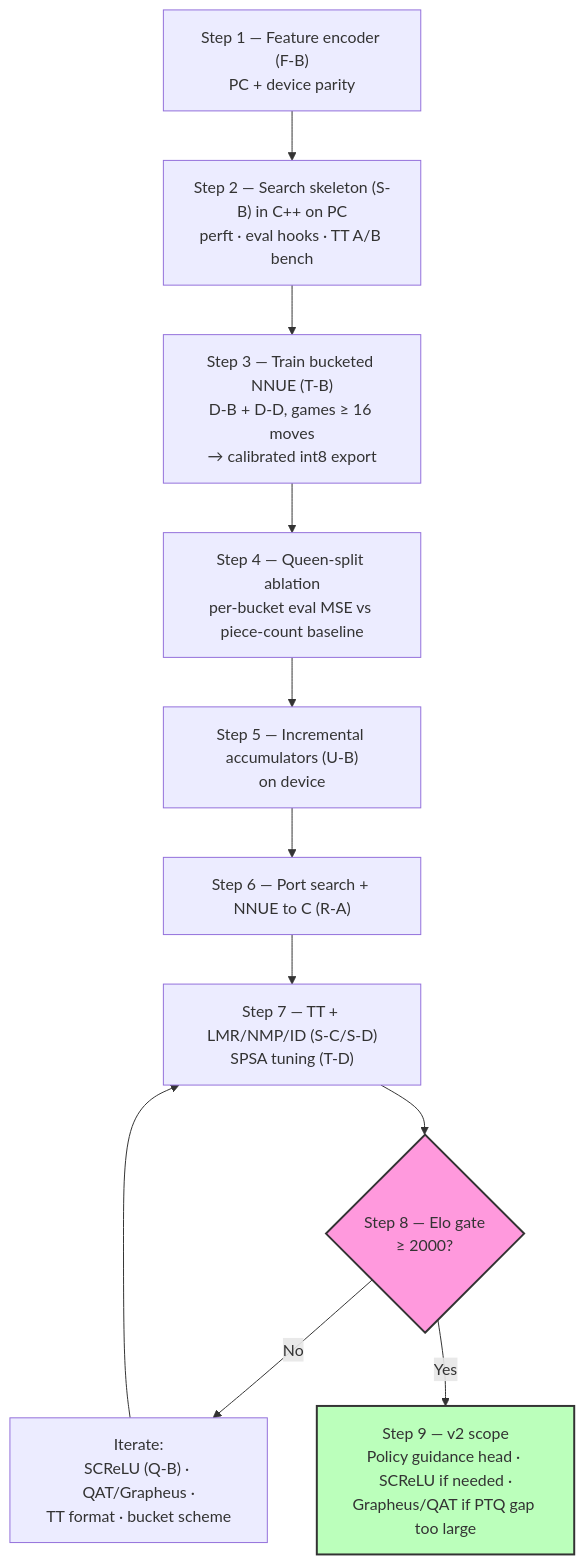
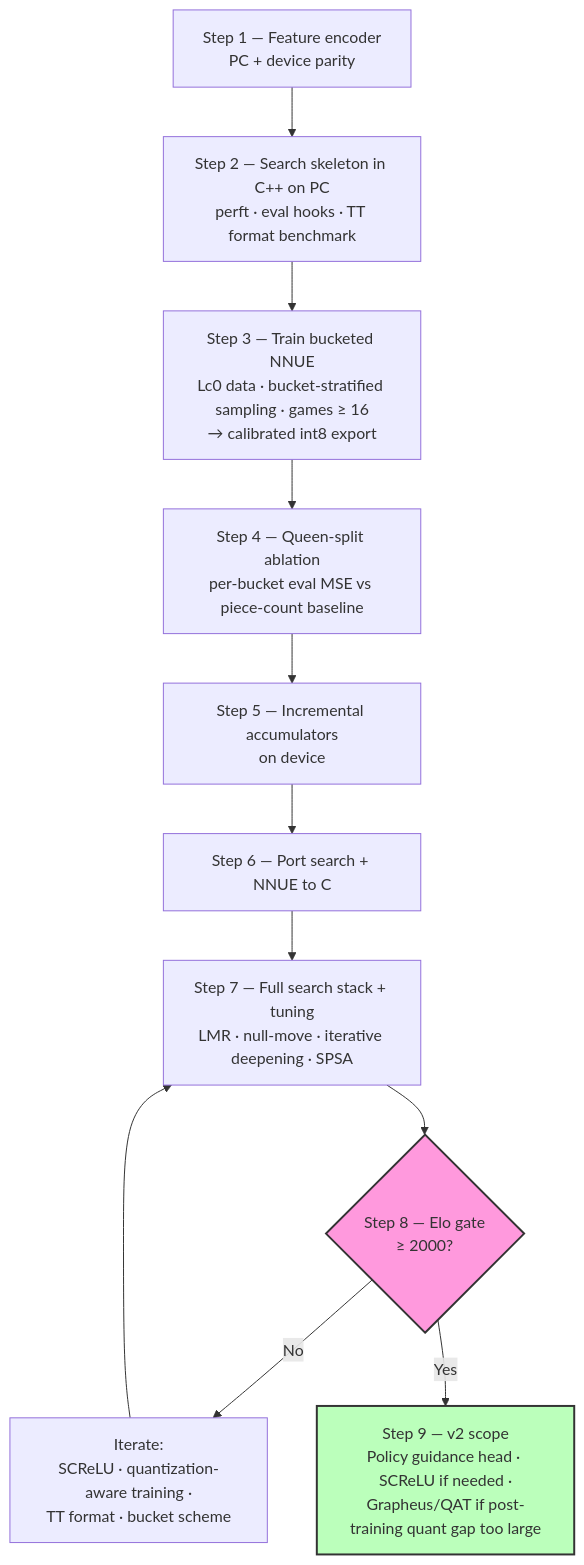
The first of 2 diagrams in NOTES/SARDINE 🐟.md (Omega97/TinyML_Internship), drawn with Mermaid before and after one commit. The commit also changed other lines of this file, not shown here.

````diff
--- a/NOTES/SARDINE 🐟.md
+++ b/NOTES/SARDINE 🐟.md
@@ -36,16 +36,16 @@
 ```mermaid
 flowchart TD
-    A["Step 1 — Feature encoder (F-B)<br/>PC + device parity"] --> B["Step 2 — Search skeleton (S-B) in C++ on PC<br/>perft · eval hooks · TT A/B bench"]
-    B --> C["Step 3 — Train bucketed NNUE (T-B)<br/>D-B + D-D, games ≥ 16 moves<br/>→ calibrated int8 export"]
+    A["Step 1 — Feature encoder<br/>PC + device parity"] --> B["Step 2 — Search skeleton in C++ on PC<br/>perft · eval hooks · TT format benchmark"]
+    B --> C["Step 3 — Train bucketed NNUE<br/>Lc0 data · bucket-stratified sampling · games ≥ 16<br/>→ calibrated int8 export"]
     C --> D["Step 4 — Queen-split ablation<br/>per-bucket eval MSE vs piece-count baseline"]
-    D --> E["Step 5 — Incremental accumulators (U-B)<br/>on device"]
-    E --> F["Step 6 — Port search + NNUE to C (R-A)"]
-    F --> G["Step 7 — TT + LMR/NMP/ID (S-C/S-D)<br/>SPSA tuning (T-D)"]
+    D --> E["Step 5 — Incremental accumulators<br/>on device"]
+    E --> F["Step 6 — Port search + NNUE to C"]
+    F --> G["Step 7 — Full search stack + tuning<br/>LMR · null-move · iterative deepening · SPSA"]
     G --> H{"Step 8 — Elo gate<br/>≥ 2000?"}
-    H -- "No" --> I["Iterate:<br/>SCReLU (Q-B) · QAT/Grapheus ·<br/>TT format · bucket scheme"]
+    H -- "No" --> I["Iterate:<br/>SCReLU · quantization-aware training ·<br/>TT format · bucket scheme"]
     I --> G
-    H -- "Yes" --> J["Step 9 — v2 scope<br/>Policy guidance head · SCReLU if needed ·<br/>Grapheus/QAT if PTQ gap too large"]
+    H -- "Yes" --> J["Step 9 — v2 scope<br/>Policy guidance head · SCReLU if needed ·<br/>Grapheus/QAT if post-training quant gap too large"]
 
     style H fill:#f9d,stroke:#333,stroke-width:2px
     style J fill:#bfb,stroke:#333,stroke-width:2px
 ```
````
